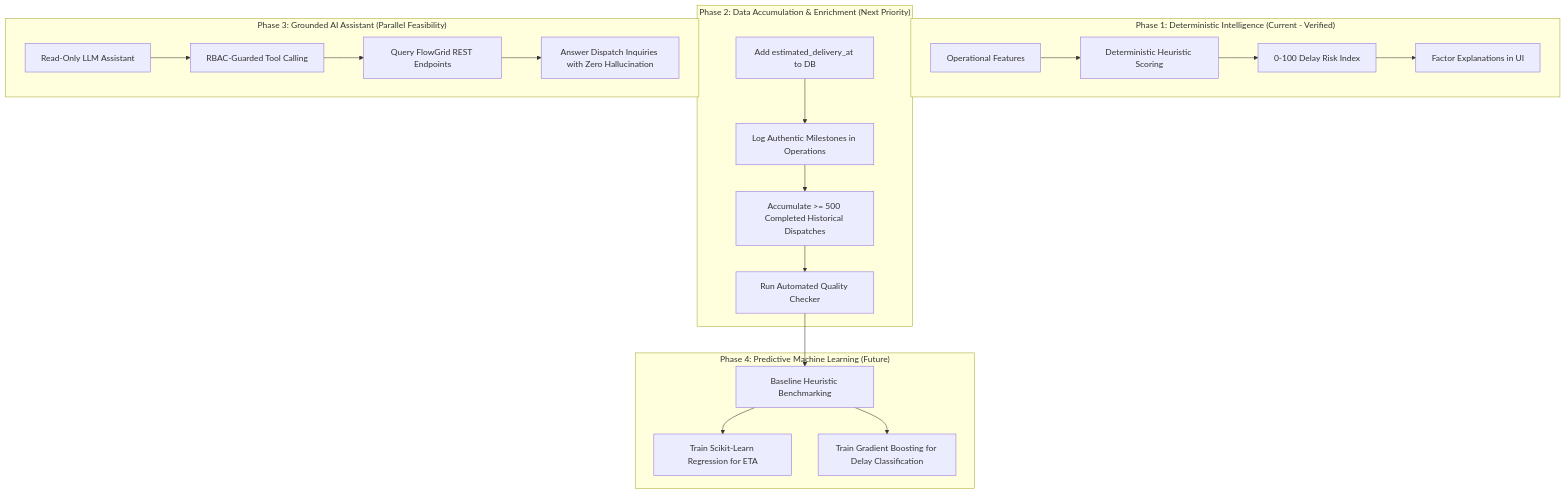
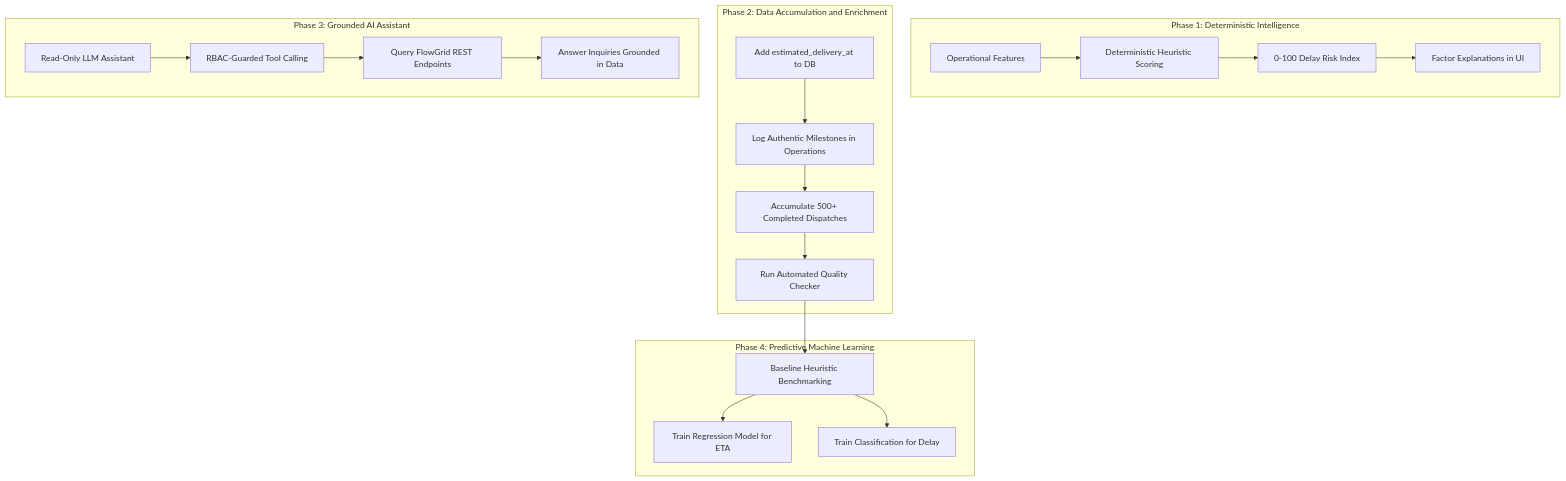
Before and after one commit to sakshishewale01/FlowGrid: the second of 2 diagrams in docs/PRD.md, drawn with Mermaid. The commit also changed other lines of this file and 1 other file, not shown here.

Commit message:
fix(docs): quote Mermaid node labels and format diagram syntax for GitHub rendering

````diff
--- a/docs/PRD.md
+++ b/docs/PRD.md
@@ -352,26 +352,26 @@
 ```mermaid
 graph TD
-    subgraph "Phase 1: Deterministic Intelligence (Current - Verified)"
-        A[Operational Features] --> B[Deterministic Heuristic Scoring]
-        B --> C[0-100 Delay Risk Index]
-        C --> D[Factor Explanations in UI]
+    subgraph "Phase 1: Deterministic Intelligence"
+        A["Operational Features"] --> B["Deterministic Heuristic Scoring"]
+        B --> C["0-100 Delay Risk Index"]
+        C --> D["Factor Explanations in UI"]
     end
 
-    subgraph "Phase 2: Data Accumulation & Enrichment (Next Priority)"
-        E[Add estimated_delivery_at to DB] --> F[Log Authentic Milestones in Operations]
-        F --> G[Accumulate >= 500 Completed Historical Dispatches]
-        G --> H[Run Automated Quality Checker]
+    subgraph "Phase 2: Data Accumulation and Enrichment"
+        E["Add estimated_delivery_at to DB"] --> F["Log Authentic Milestones in Operations"]
+        F --> G["Accumulate 500+ Completed Dispatches"]
+        G --> H["Run Automated Quality Checker"]
     end
 
-    subgraph "Phase 3: Grounded AI Assistant (Parallel Feasibility)"
-        I[Read-Only LLM Assistant] --> J[RBAC-Guarded Tool Calling]
-        J --> K[Query FlowGrid REST Endpoints]
-        K --> L[Answer Dispatch Inquiries with Zero Hallucination]
+    subgraph "Phase 3: Grounded AI Assistant"
+        I["Read-Only LLM Assistant"] --> J["RBAC-Guarded Tool Calling"]
+        J --> K["Query FlowGrid REST Endpoints"]
+        K --> L["Answer Inquiries Grounded in Data"]
     end
 
-    subgraph "Phase 4: Predictive Machine Learning (Future)"
-        H --> M[Baseline Heuristic Benchmarking]
-        M --> N[Train Scikit-Learn Regression for ETA]
-        M --> O[Train Gradient Boosting for Delay Classification]
+    subgraph "Phase 4: Predictive Machine Learning"
+        H --> M["Baseline Heuristic Benchmarking"]
+        M --> N["Train Regression Model for ETA"]
+        M --> O["Train Classification for Delay"]
     end
 ```
````
